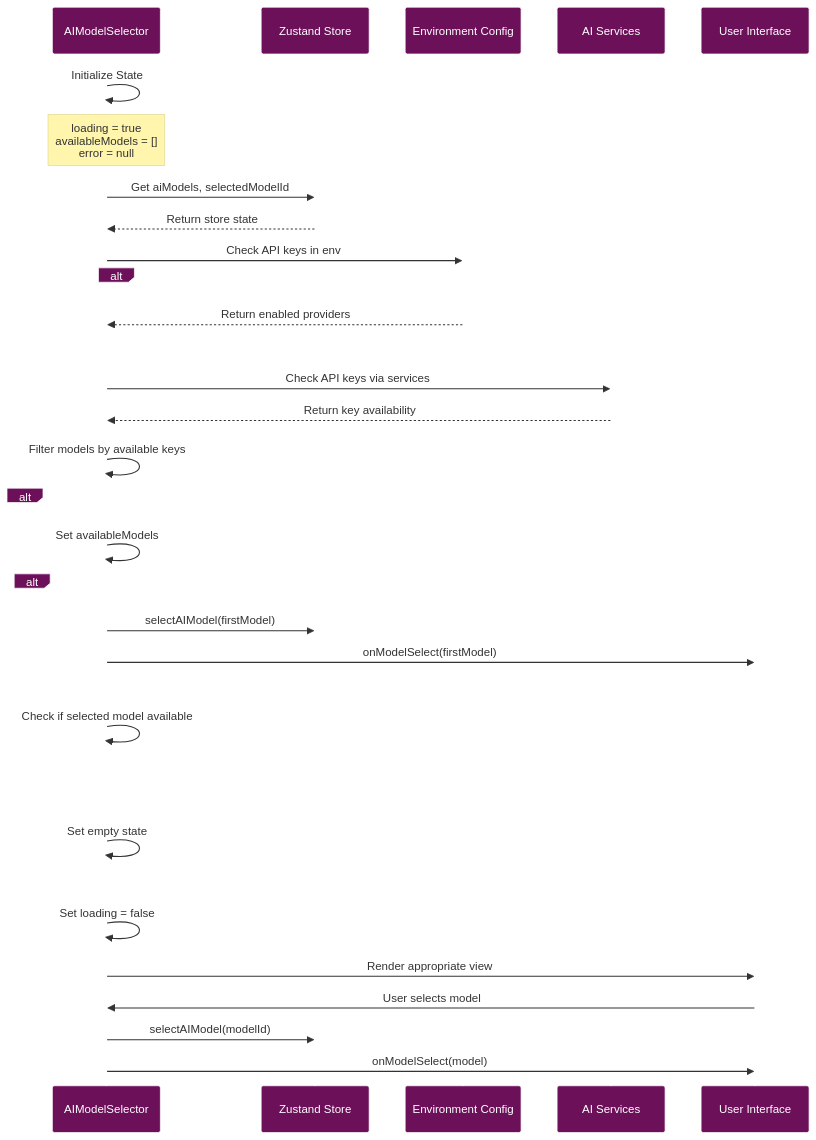
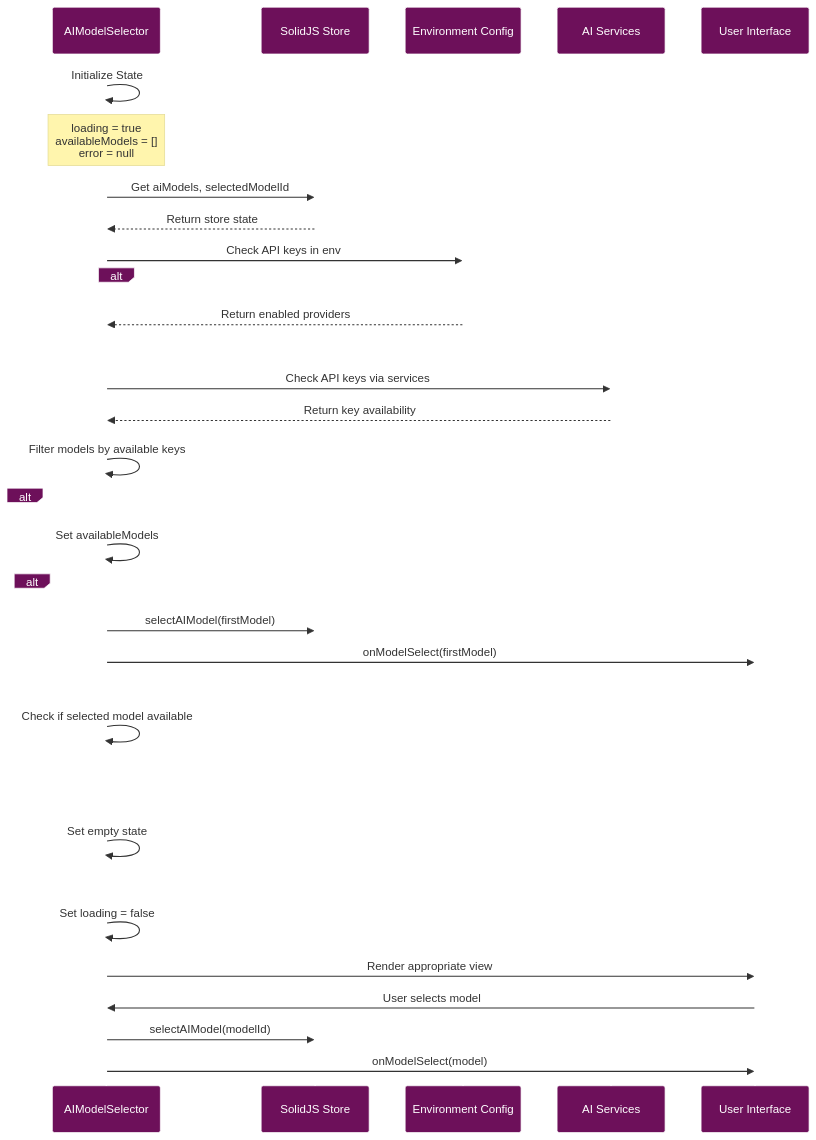
One commit to radicalkjax/Athena changed the fifth of 10 diagrams in docs/components/AI_MODEL_SELECTOR.md. Above: the diagram before and after it, drawn with Mermaid. The commit also changed other lines of this file and 21 other files, not shown here.

````diff
--- a/docs/components/AI_MODEL_SELECTOR.md
+++ b/docs/components/AI_MODEL_SELECTOR.md
@@ -278,64 +280,64 @@
 ```mermaid
 %%{init: {
   'theme': 'base',
   'themeVariables': {
     'primaryColor': '#6d105a',
     'primaryTextColor': '#ffffff',
     'primaryBorderColor': '#ffffff',
     'lineColor': '#333333',
     'secondaryColor': '#e8f4d4',
     'secondaryTextColor': '#333333',
     'secondaryBorderColor': '#333333',
     'tertiaryColor': '#f9d0c4',
     'tertiaryTextColor': '#333333',
     'tertiaryBorderColor': '#333333',
     'background': '#ffffff',
     'mainBkg': '#6d105a',
     'secondBkg': '#e8f4d4',
     'tertiaryBkg': '#f9d0c4',
     'textColor': '#333333',
     'fontFamily': 'Arial, sans-serif'
   }
 }}%%
 sequenceDiagram
     participant Component as AIModelSelector
-    participant Store as Zustand Store
+    participant Store as SolidJS Store
     participant Env as Environment Config
     participant Services as AI Services
     participant UI as User Interface
     
     Component->>Component: Initialize State
     Note over Component: loading = true<br/>availableModels = []<br/>error = null
     
     Component->>Store: Get aiModels, selectedModelId
     Store-->>Component: Return store state
     
     Component->>Env: Check API keys in env
     alt Keys in Environment
         Env-->>Component: Return enabled providers
     else No Environment Keys
         Component->>Services: Check API keys via services
         Services-->>Component: Return key availability
     end
     
     Component->>Component: Filter models by available keys
     
     alt Models Available
         Component->>Component: Set availableModels
         alt No Selection
             Component->>Store: selectAIModel(firstModel)
             Component->>UI: onModelSelect(firstModel)
         else Validate Selection
             Component->>Component: Check if selected model available
         end
     else No Models
         Component->>Component: Set empty state
     end
     
     Component->>Component: Set loading = false
     Component->>UI: Render appropriate view
     
     UI->>Component: User selects model
     Component->>Store: selectAIModel(modelId)
     Component->>UI: onModelSelect(model)
 ```
````
